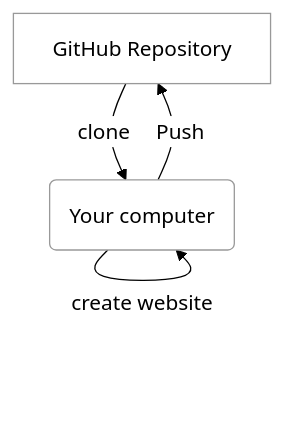
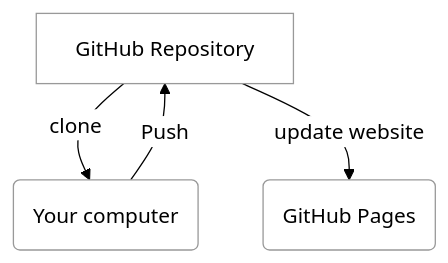
The second of 3 diagrams in instruction/github-pages/github-pages.md (webprogramming260/webprogramming), drawn with Mermaid before and after one commit.

Commit message:
Lee Jensen - update(GitHub Pages)

````diff
--- a/instruction/github-pages/github-pages.md
+++ b/instruction/github-pages/github-pages.md
@@ -72,7 +72,7 @@
 ```mermaid
 %%{init: { 'theme': 'neutral', 'themeVariables': { 'mainBkg': '#ffffff', 'lineColor': '#000000', 'primaryTextColor': '#000000', 'actorBorder': '#000000', 'participantBorder': '#000000', 'noteBorderColor': '#000000' } }}%%
 graph TD
     A[GitHub Repository] -->|clone| B(Your computer)
-    B --> |create website| B
     B -->|Push| A
+    A --> |update website| C(GitHub Pages)
 ```
````
